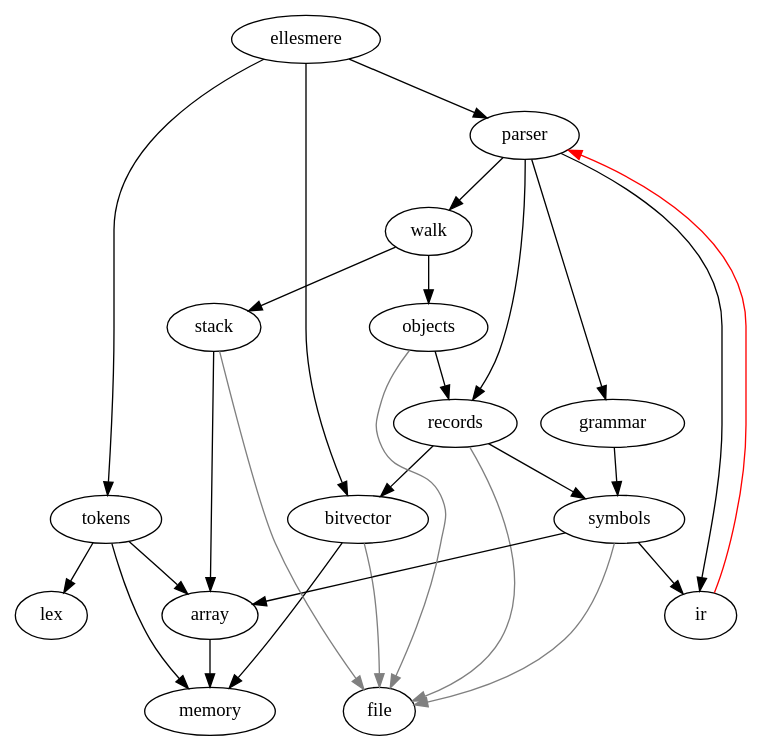
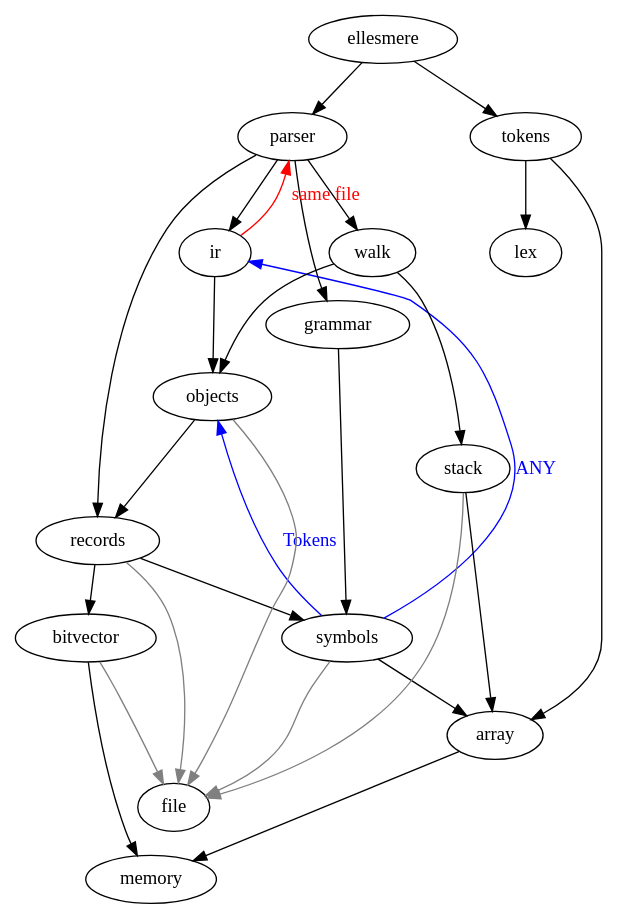
One commit to prdoyle/ellesmere changed the diagram in modules.dot. Above: the diagram before and after it, drawn with Graphviz. The commit also changed 5 other files, not shown here.

```diff
--- a/modules.dot
+++ b/modules.dot
@@ -1,37 +1,36 @@
 
 digraph "Module dependencies" {
 	ellesmere [ rank=source ]
 	array      -> memory
 	bitvector  -> memory
-	tokens     -> memory
 	records    -> symbols
 	records    -> bitvector
 	objects    -> records
 	parser     -> walk
 	parser     -> records
 	ellesmere  -> parser
 	ellesmere  -> tokens
-	ellesmere  -> bitvector
 	stack      -> array
 	symbols    -> array
 	tokens     -> array
 	grammar    -> symbols
 	parser     -> grammar
-	parser     -> ir  // OMIT
 	tokens     -> lex
-	symbols    -> ir  // OMIT: Is this one ok?
+	parser     -> ir
+	ir         -> objects
 	walk       -> objects
 	walk       -> stack
 
-	//symbols    -> objects [ color=blue weight=0 ]  // OMIT: objects.c should manage the tokens, not symbols.c
+	symbols    -> objects [ color=blue fontcolor=blue constraint=false label=Tokens ]  // objects.c should manage the tokens, not symbols.c
+	symbols    -> ir      [ color=blue fontcolor=blue constraint=false label=ANY    ]  // Is this one ok?
 
 	// Bad dependencies
-	ir         -> parser  [ color=red  weight=0 ]  // OMIT: This should be in its own file
+	ir         -> parser  [ color=red fontcolor=red  constraint=false label="same file" ]  // This should be in its own file
 
 	// Everything seems to depend on file
-	bitvector  -> file    [ color=grey weight=0 ]
-	objects    -> file    [ color=grey weight=0 ]
-	records    -> file    [ color=grey weight=0 ]
-	stack      -> file    [ color=grey weight=0 ]
-	symbols    -> file    [ color=grey weight=0 ]
+	bitvector  -> file    [ color=grey fontcolor=grey weight=0 ]
+	objects    -> file    [ color=grey fontcolor=grey weight=0 ]
+	records    -> file    [ color=grey fontcolor=grey weight=0 ]
+	stack      -> file    [ color=grey fontcolor=grey weight=0 ]
+	symbols    -> file    [ color=grey fontcolor=grey weight=0 ]
 }
```
